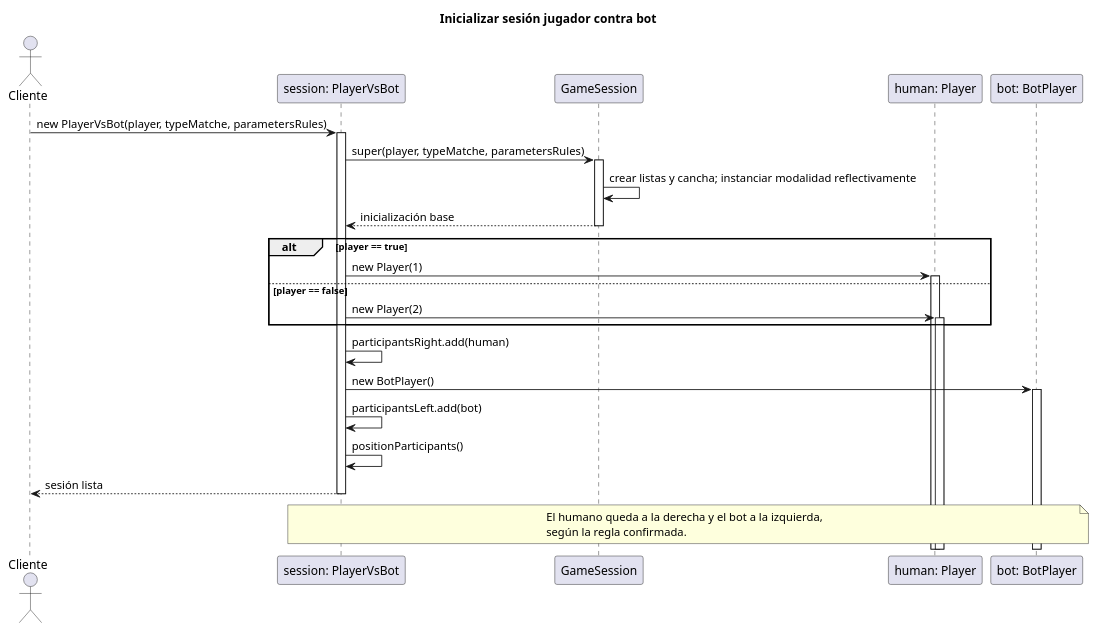
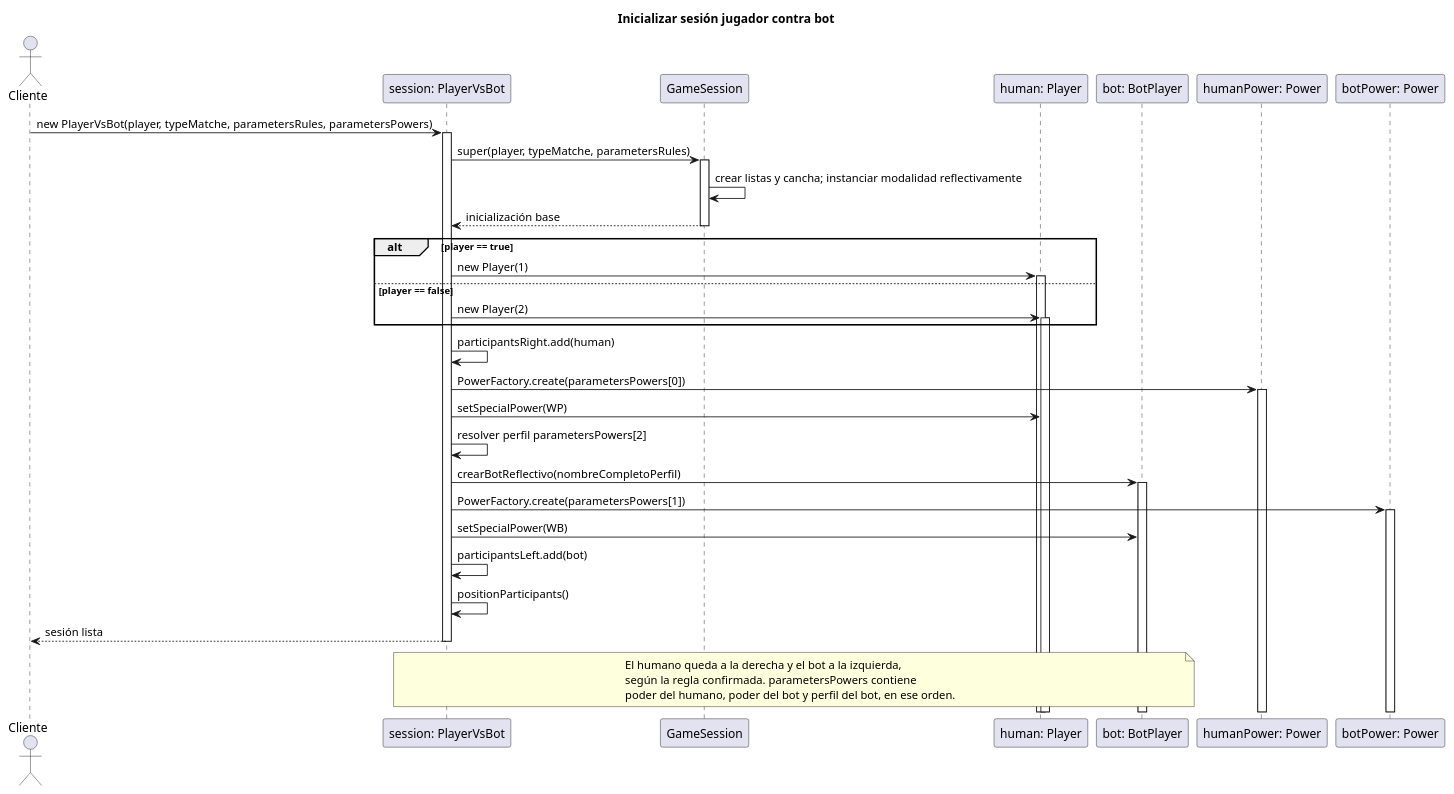
One commit to PaglkG/ProyectoFinal-Dopo changed the diagram in docs/uml/player-vs-bot-sequence.puml. Above: the diagram before and after it, drawn with PlantUML. The commit also changed 59 other files, not shown here.

```diff
--- a/docs/uml/player-vs-bot-sequence.puml
+++ b/docs/uml/player-vs-bot-sequence.puml
@@ -1,27 +1,35 @@
 @startuml
 title Inicializar sesión jugador contra bot
 actor Cliente
 participant "session: PlayerVsBot" as S
 participant "GameSession" as Base
 participant "human: Player" as P
 participant "bot: BotPlayer" as B
+participant "humanPower: Power" as WP
+participant "botPower: Power" as WB
 
-Cliente -> S ++: new PlayerVsBot(player, typeMatche, parametersRules)
+Cliente -> S ++: new PlayerVsBot(player, typeMatche, parametersRules, parametersPowers)
 S -> Base ++: super(player, typeMatche, parametersRules)
 Base -> Base: crear listas y cancha; instanciar modalidad reflectivamente
 Base --> S --: inicialización base
 alt player == true
   S -> P ++: new Player(1)
 else player == false
   S -> P ++: new Player(2)
 end
 S -> S: participantsRight.add(human)
-S -> B ++: new BotPlayer()
+S -> WP ++: PowerFactory.create(parametersPowers[0])
+S -> P: setSpecialPower(WP)
+S -> S: resolver perfil parametersPowers[2]
+S -> B ++: crearBotReflectivo(nombreCompletoPerfil)
+S -> WB ++: PowerFactory.create(parametersPowers[1])
+S -> B: setSpecialPower(WB)
 S -> S: participantsLeft.add(bot)
 S -> S: positionParticipants()
 S --> Cliente --: sesión lista
 note over S,B
   El humano queda a la derecha y el bot a la izquierda,
-  según la regla confirmada.
+  según la regla confirmada. parametersPowers contiene
+  poder del humano, poder del bot y perfil del bot, en ese orden.
 end note
 @enduml
```
